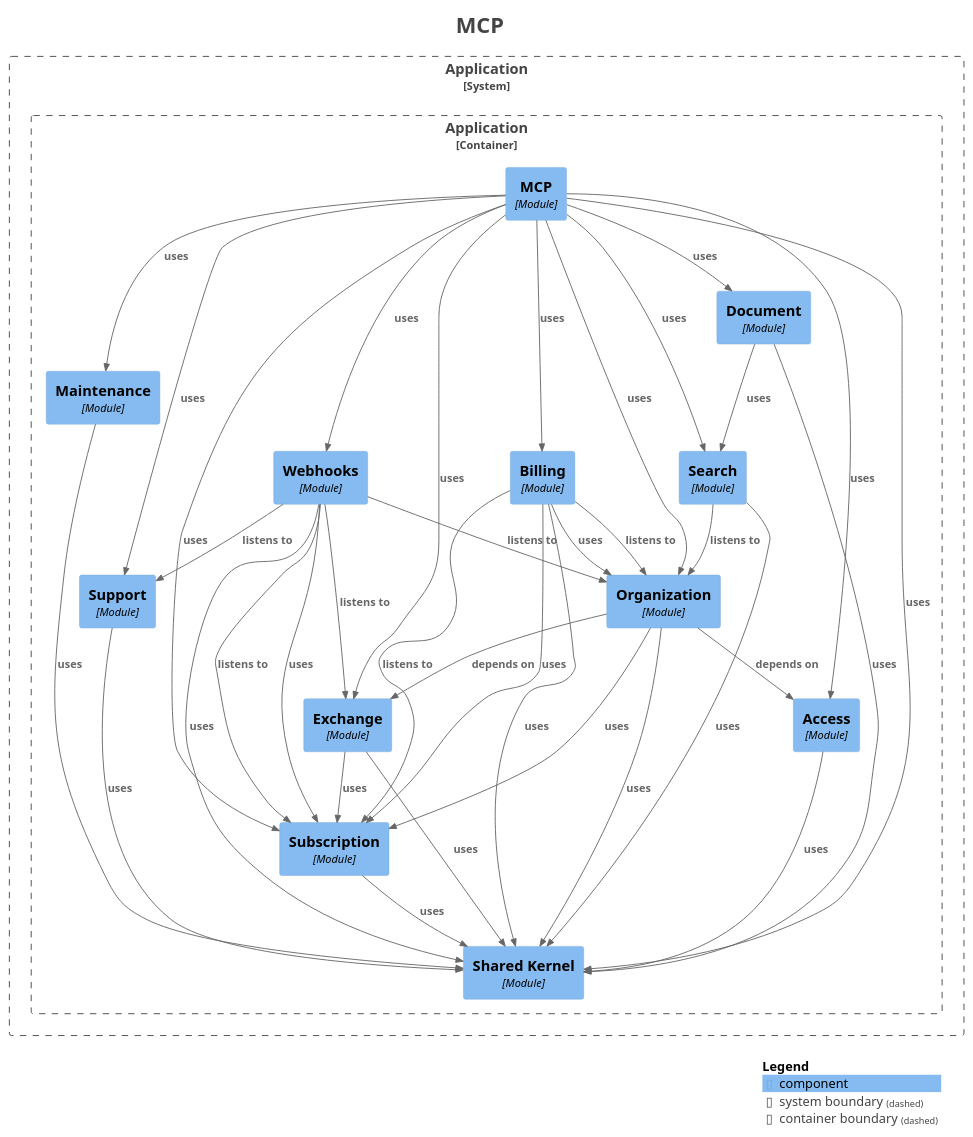
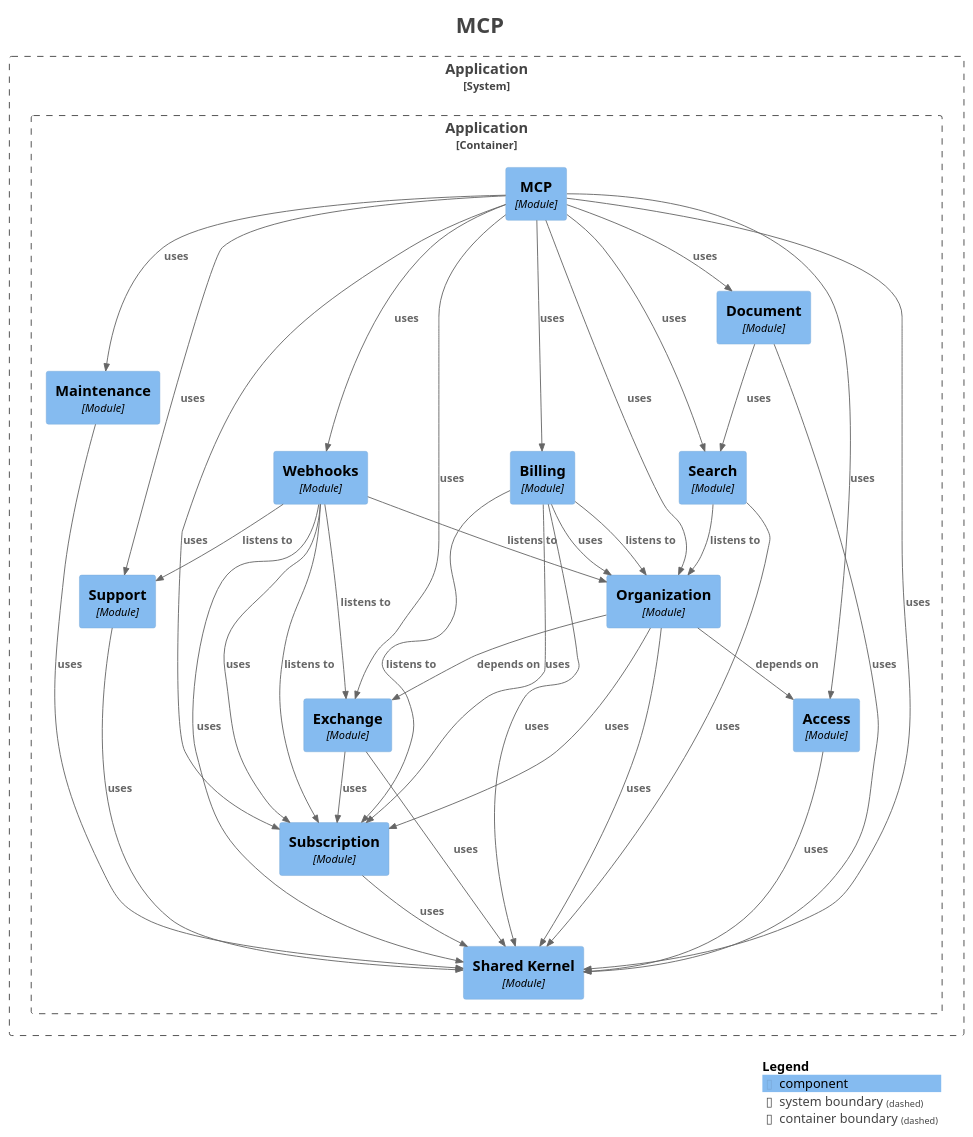
One commit to Paul-Ayesiga/enterprise-modulith-template changed the diagram in docs/modulith/module-mcp.puml. Above: the diagram before and after it, drawn with PlantUML. The commit also changed other lines of this file and 82 other files, not shown here.

```diff
--- a/docs/modulith/module-mcp.puml
+++ b/docs/modulith/module-mcp.puml
@@ -1,75 +1,75 @@
 @startuml
 title <size:24>MCP</size>
 
 set separator none
 top to bottom direction
 
 <style>
   root {
     BackgroundColor: #ffffff
     FontColor: #444444
   }
 </style>
 
 !include <C4/C4>
 !include <C4/C4_Context>
 !include <C4/C4_Component>
 
 System_Boundary("Application_boundary", "Application", $tags="") {
   Container_Boundary("Application.Application_boundary", "Application", $tags="") {
     Component(Application.Application.Maintenance, "Maintenance", $techn="Module", $descr="", $tags="", $link="")
     Component(Application.Application.Subscription, "Subscription", $techn="Module", $descr="", $tags="", $link="")
     Component(Application.Application.Exchange, "Exchange", $techn="Module", $descr="", $tags="", $link="")
     Component(Application.Application.Organization, "Organization", $techn="Module", $descr="", $tags="", $link="")
     Component(Application.Application.Billing, "Billing", $techn="Module", $descr="", $tags="", $link="")
     Component(Application.Application.Search, "Search", $techn="Module", $descr="", $tags="", $link="")
     Component(Application.Application.Support, "Support", $techn="Module", $descr="", $tags="", $link="")
     Component(Application.Application.Document, "Document", $techn="Module", $descr="", $tags="", $link="")
     Component(Application.Application.Webhooks, "Webhooks", $techn="Module", $descr="", $tags="", $link="")
     Component(Application.Application.MCP, "MCP", $techn="Module", $descr="", $tags="", $link="")
     Component(Application.Application.SharedKernel, "Shared Kernel", $techn="Module", $descr="", $tags="", $link="")
     Component(Application.Application.Access, "Access", $techn="Module", $descr="", $tags="", $link="")
   }
 
 }
 
+Rel(Application.Application.Webhooks, Application.Application.SharedKernel, "uses", $techn="", $tags="", $link="")
+Rel(Application.Application.Webhooks, Application.Application.Subscription, "uses", $techn="", $tags="", $link="")
+Rel(Application.Application.Search, Application.Application.Organization, "listens to", $techn="", $tags="", $link="")
+Rel(Application.Application.Search, Application.Application.SharedKernel, "uses", $techn="", $tags="", $link="")
+Rel(Application.Application.Exchange, Application.Application.SharedKernel, "uses", $techn="", $tags="", $link="")
+Rel(Application.Application.Exchange, Application.Application.Subscription, "uses", $techn="", $tags="", $link="")
+Rel(Application.Application.Billing, Application.Application.Subscription, "listens to", $techn="", $tags="", $link="")
+Rel(Application.Application.Billing, Application.Application.Organization, "listens to", $techn="", $tags="", $link="")
+Rel(Application.Application.Billing, Application.Application.Subscription, "uses", $techn="", $tags="", $link="")
+Rel(Application.Application.Billing, Application.Application.SharedKernel, "uses", $techn="", $tags="", $link="")
+Rel(Application.Application.Billing, Application.Application.Organization, "uses", $techn="", $tags="", $link="")
+Rel(Application.Application.Support, Application.Application.SharedKernel, "uses", $techn="", $tags="", $link="")
+Rel(Application.Application.Subscription, Application.Application.SharedKernel, "uses", $techn="", $tags="", $link="")
+Rel(Application.Application.Access, Application.Application.SharedKernel, "uses", $techn="", $tags="", $link="")
 Rel(Application.Application.MCP, Application.Application.SharedKernel, "uses", $techn="", $tags="", $link="")
 Rel(Application.Application.MCP, Application.Application.Webhooks, "uses", $techn="", $tags="", $link="")
 Rel(Application.Application.MCP, Application.Application.Access, "uses", $techn="", $tags="", $link="")
 Rel(Application.Application.MCP, Application.Application.Maintenance, "uses", $techn="", $tags="", $link="")
 Rel(Application.Application.MCP, Application.Application.Subscription, "uses", $techn="", $tags="", $link="")
 Rel(Application.Application.MCP, Application.Application.Document, "uses", $techn="", $tags="", $link="")
 Rel(Application.Application.MCP, Application.Application.Exchange, "uses", $techn="", $tags="", $link="")
 Rel(Application.Application.MCP, Application.Application.Organization, "uses", $techn="", $tags="", $link="")
 Rel(Application.Application.MCP, Application.Application.Search, "uses", $techn="", $tags="", $link="")
 Rel(Application.Application.MCP, Application.Application.Billing, "uses", $techn="", $tags="", $link="")
 Rel(Application.Application.MCP, Application.Application.Support, "uses", $techn="", $tags="", $link="")
 Rel(Application.Application.Document, Application.Application.Search, "uses", $techn="", $tags="", $link="")
 Rel(Application.Application.Document, Application.Application.SharedKernel, "uses", $techn="", $tags="", $link="")
-Rel(Application.Application.Exchange, Application.Application.SharedKernel, "uses", $techn="", $tags="", $link="")
-Rel(Application.Application.Exchange, Application.Application.Subscription, "uses", $techn="", $tags="", $link="")
-Rel(Application.Application.Webhooks, Application.Application.Organization, "listens to", $techn="", $tags="", $link="")
-Rel(Application.Application.Webhooks, Application.Application.Subscription, "listens to", $techn="", $tags="", $link="")
-Rel(Application.Application.Webhooks, Application.Application.Support, "listens to", $techn="", $tags="", $link="")
-Rel(Application.Application.Webhooks, Application.Application.Exchange, "listens to", $techn="", $tags="", $link="")
-Rel(Application.Application.Webhooks, Application.Application.SharedKernel, "uses", $techn="", $tags="", $link="")
-Rel(Application.Application.Webhooks, Application.Application.Subscription, "uses", $techn="", $tags="", $link="")
-Rel(Application.Application.Access, Application.Application.SharedKernel, "uses", $techn="", $tags="", $link="")
-Rel(Application.Application.Support, Application.Application.SharedKernel, "uses", $techn="", $tags="", $link="")
-Rel(Application.Application.Billing, Application.Application.Subscription, "listens to", $techn="", $tags="", $link="")
-Rel(Application.Application.Billing, Application.Application.Organization, "listens to", $techn="", $tags="", $link="")
-Rel(Application.Application.Billing, Application.Application.Subscription, "uses", $techn="", $tags="", $link="")
-Rel(Application.Application.Billing, Application.Application.SharedKernel, "uses", $techn="", $tags="", $link="")
-Rel(Application.Application.Billing, Application.Application.Organization, "uses", $techn="", $tags="", $link="")
-Rel(Application.Application.Subscription, Application.Application.SharedKernel, "uses", $techn="", $tags="", $link="")
 Rel(Application.Application.Maintenance, Application.Application.SharedKernel, "uses", $techn="", $tags="", $link="")
 Rel(Application.Application.Organization, Application.Application.Access, "depends on", $techn="", $tags="", $link="")
 Rel(Application.Application.Organization, Application.Application.Exchange, "depends on", $techn="", $tags="", $link="")
 Rel(Application.Application.Organization, Application.Application.SharedKernel, "uses", $techn="", $tags="", $link="")
 Rel(Application.Application.Organization, Application.Application.Subscription, "uses", $techn="", $tags="", $link="")
-Rel(Application.Application.Search, Application.Application.Organization, "listens to", $techn="", $tags="", $link="")
-Rel(Application.Application.Search, Application.Application.SharedKernel, "uses", $techn="", $tags="", $link="")
+Rel(Application.Application.Webhooks, Application.Application.Support, "listens to", $techn="", $tags="", $link="")
+Rel(Application.Application.Webhooks, Application.Application.Organization, "listens to", $techn="", $tags="", $link="")
+Rel(Application.Application.Webhooks, Application.Application.Subscription, "listens to", $techn="", $tags="", $link="")
+Rel(Application.Application.Webhooks, Application.Application.Exchange, "listens to", $techn="", $tags="", $link="")
 
 SHOW_LEGEND(true)
 hide stereotypes
 @enduml
```
